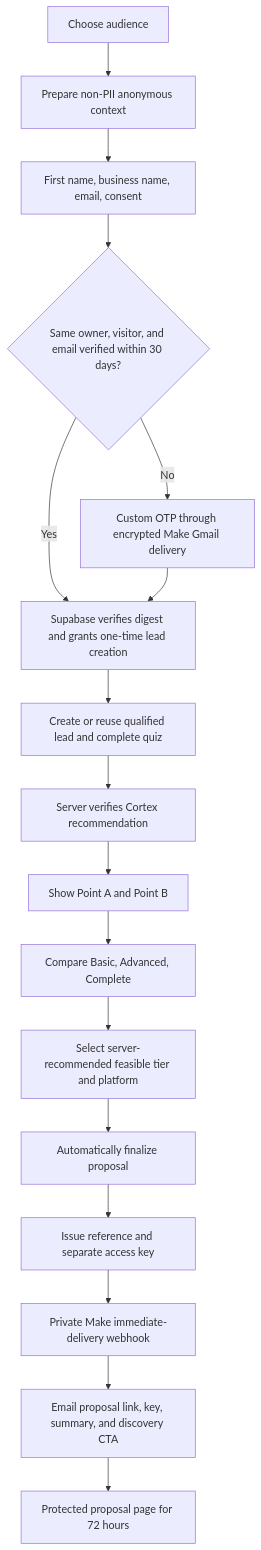
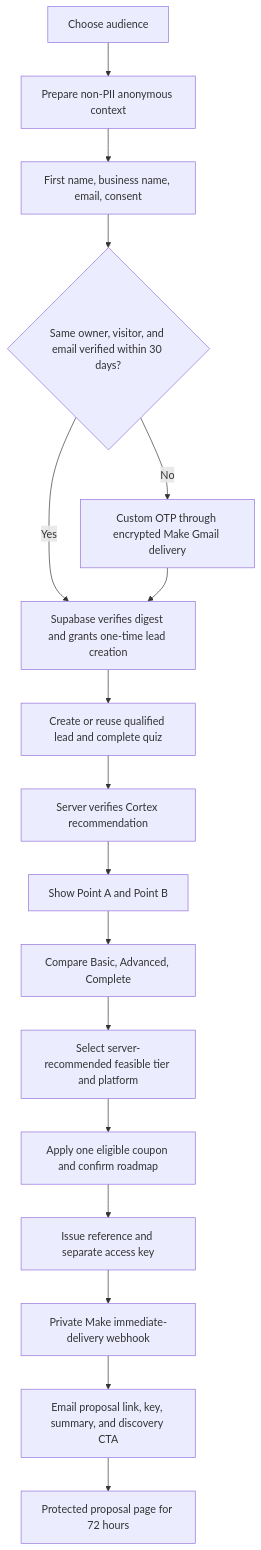
The second of 3 diagrams in docs/portfolio-blueprint.md (dmptelysha/elysha-works-portfolio-service-professionals), drawn with Mermaid before and after one commit. The commit also changed other lines of this file and 2 other files, not shown here.

Commit message:
docs: record proposal discount operations

````diff
--- a/docs/portfolio-blueprint.md
+++ b/docs/portfolio-blueprint.md
@@ -591,19 +595,19 @@
 ```mermaid
 flowchart TD
     A[Choose audience] --> B[Prepare non-PII anonymous context]
     B --> C[First name, business name, email, consent]
     C --> C0{Same owner, visitor, and email verified within 30 days?}
     C0 -->|Yes| C2[Supabase issues a fresh single-use grant]
     C0 -->|No| C1[Custom OTP through encrypted Make Gmail delivery]
     C1 --> C2[Supabase verifies digest and grants one-time lead creation]
     C2 --> D[Create or reuse qualified lead and complete quiz]
     D --> E[Server verifies Cortex recommendation]
     E --> F[Show Point A and Point B]
     F --> G[Compare Basic, Advanced, Complete]
     G --> H[Select server-recommended feasible tier and platform]
-    H --> I[Automatically finalize proposal]
+    H --> I[Apply one eligible coupon and confirm roadmap]
     I --> J[Issue reference and separate access key]
     J --> K[Private Make immediate-delivery webhook]
     K --> L[Email proposal link, key, summary, and discovery CTA]
     L --> M[Protected proposal page for 72 hours]
 ```
````
